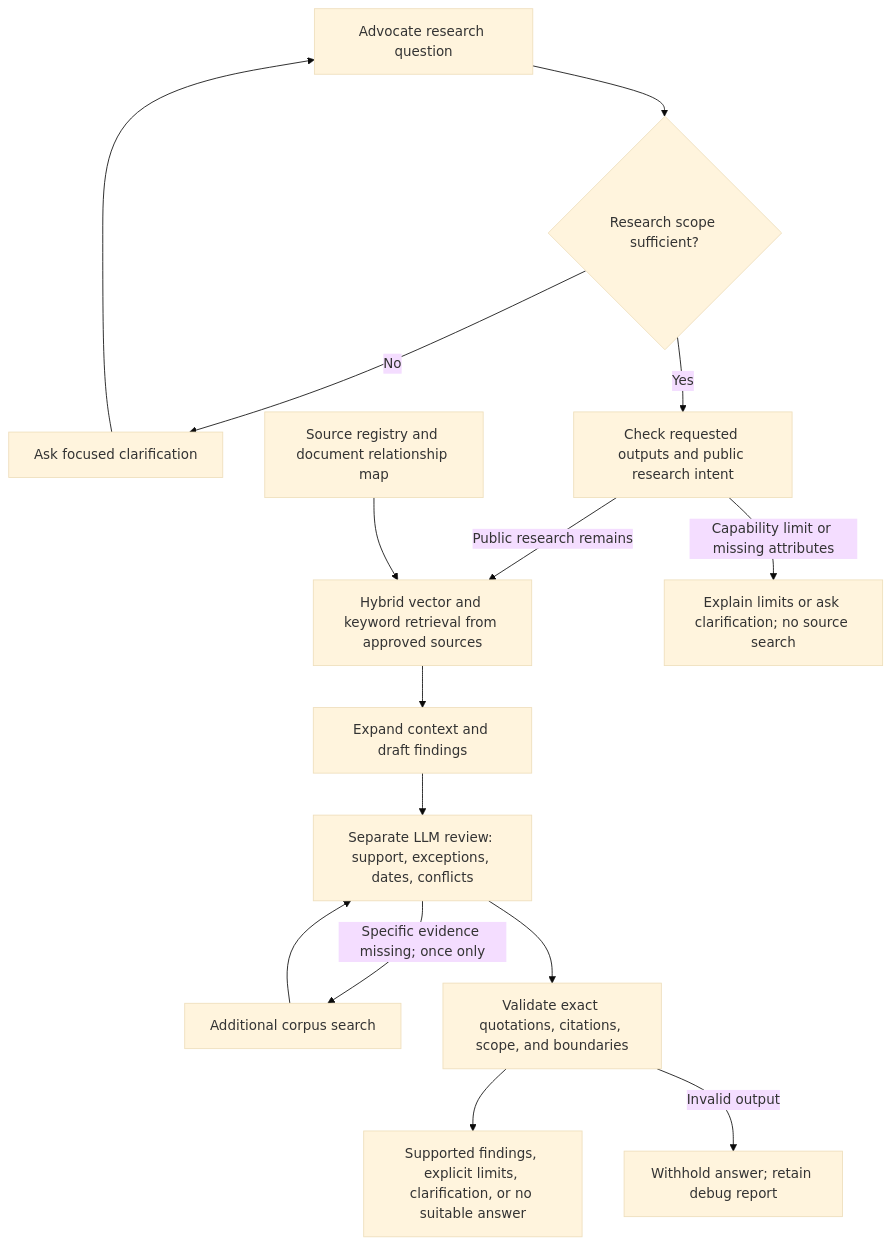
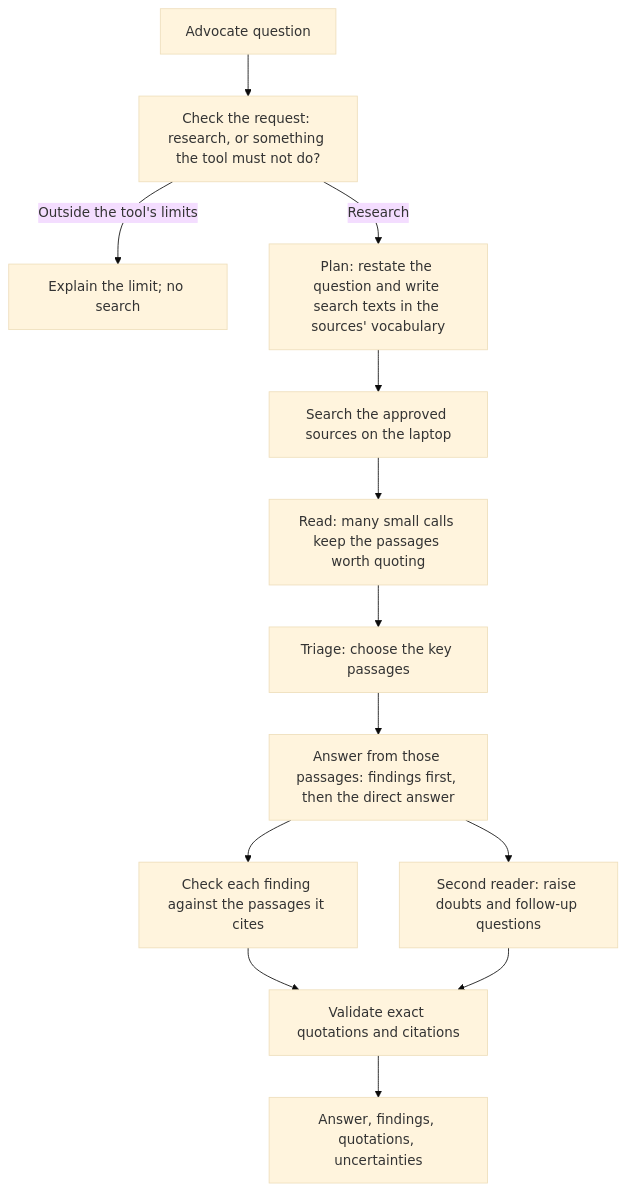
One commit to swkarlekar/health-research-oracle-public changed the diagram in README.md. Above: the diagram before and after it, drawn with Mermaid (base theme). The commit also changed other lines of this file and 49 other files, not shown here.

````diff
--- a/README.md
+++ b/README.md
@@ -69,17 +52,15 @@
 ```mermaid
 flowchart TD
-    Q[Advocate research question] --> S{Research scope sufficient?}
-    S -->|No| C[Ask focused clarification]
-    C --> Q
-    S -->|Yes| B[Check requested outputs and public research intent]
-    B -->|Public research remains| R[Hybrid vector and keyword retrieval from approved sources]
-    B -->|Capability limit or missing attributes| N[Explain limits or ask clarification; no source search]
-    V[Source registry and document relationship map] --> R
-    R --> E[Expand context and draft findings]
-    E --> J[Separate LLM review: support, exceptions, dates, conflicts]
-    J -->|Specific evidence missing; once only| A[Additional corpus search]
-    A --> J
-    J --> P[Validate exact quotations, citations, scope, and boundaries]
-    P --> O[Supported findings, explicit limits, clarification, or no suitable answer]
-    P -->|Invalid output| F[Withhold answer; retain debug report]
+    Q["Advocate question"] --> G["Check the request: research, or something the tool must not do?"]
+    G -->|Outside the tool's limits| N["Explain the limit; no search"]
+    G -->|Research| P["Plan: restate the question and write search texts in the sources' vocabulary"]
+    P --> S["Search the approved sources on the laptop"]
+    S --> R["Read: many small calls keep the passages worth quoting"]
+    R --> T["Triage: choose the key passages"]
+    T --> A["Answer from those passages: findings first, then the direct answer"]
+    A --> C["Check each finding against the passages it cites"]
+    A --> D["Second reader: raise doubts and follow-up questions"]
+    C --> O["Validate exact quotations and citations"]
+    D --> O
+    O --> F["Answer, findings, quotations, uncertainties"]
 ```
````
